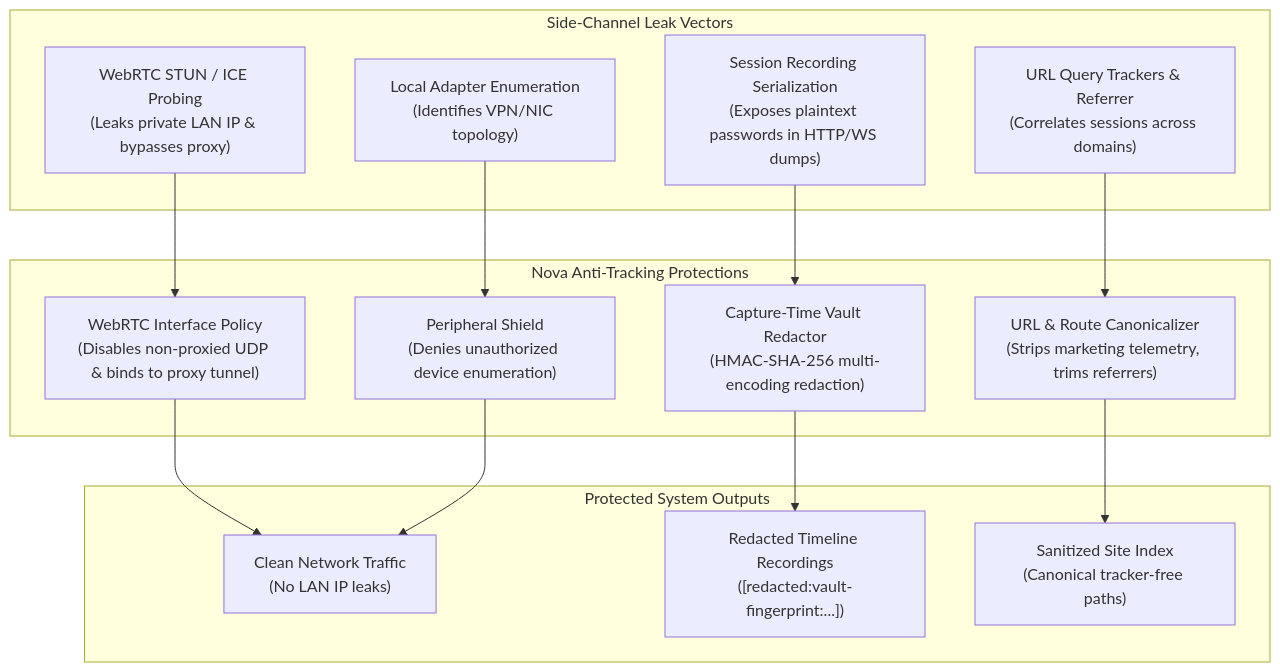
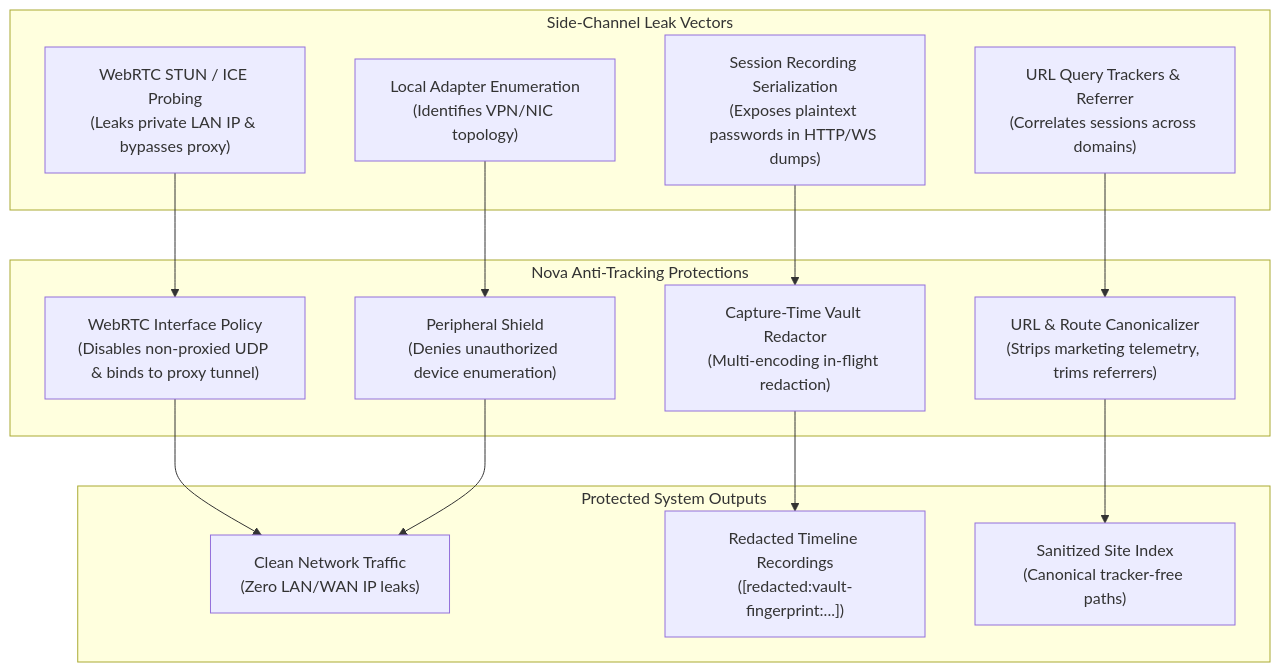
The diagram in docs/core-features/privacy/anti-tracking-and-leak-protection/README.md (joelaniol/nova), drawn with Mermaid before and after one commit. The commit also changed other lines of this file and 128 other files, not shown here.

````diff
--- a/docs/core-features/privacy/anti-tracking-and-leak-protection/README.md
+++ b/docs/core-features/privacy/anti-tracking-and-leak-protection/README.md
@@ -10,27 +37,27 @@
 ```mermaid
 flowchart TD
-    subgraph Threats["Side-Channel Leak Vectors"]
-        WebRTCLeak["WebRTC STUN / ICE Probing\n(Leaks private LAN IP & bypasses proxy)"]
-        RecordLeak["Session Recording Serialization\n(Exposes plaintext passwords in HTTP/WS dumps)"]
-        TrackerLeak["URL Query Trackers & Referrer\n(Correlates sessions across domains)"]
-        AdapterLeak["Local Adapter Enumeration\n(Identifies VPN/NIC topology)"]
+    subgraph Threats ["Side-Channel Leak Vectors"]
+        WebRTCLeak["WebRTC STUN / ICE Probing<br/>(Leaks private LAN IP & bypasses proxy)"]
+        RecordLeak["Session Recording Serialization<br/>(Exposes plaintext passwords in HTTP/WS dumps)"]
+        TrackerLeak["URL Query Trackers & Referrer<br/>(Correlates sessions across domains)"]
+        AdapterLeak["Local Adapter Enumeration<br/>(Identifies VPN/NIC topology)"]
     end
 
-    subgraph Defenses["Nova Anti-Tracking Protections"]
-        WebRTCGuard["WebRTC Interface Policy\n(Disables non-proxied UDP & binds to proxy tunnel)"]
-        VaultRedactor["Capture-Time Vault Redactor\n(HMAC-SHA-256 multi-encoding redaction)"]
-        TrackerScrubber["URL & Route Canonicalizer\n(Strips marketing telemetry, trims referrers)"]
-        AdapterMask["Peripheral Shield\n(Denies unauthorized device enumeration)"]
+    subgraph Defenses ["Nova Anti-Tracking Protections"]
+        WebRTCGuard["WebRTC Interface Policy<br/>(Disables non-proxied UDP & binds to proxy tunnel)"]
+        VaultRedactor["Capture-Time Vault Redactor<br/>(Multi-encoding in-flight redaction)"]
+        TrackerScrubber["URL & Route Canonicalizer<br/>(Strips marketing telemetry, trims referrers)"]
+        AdapterMask["Peripheral Shield<br/>(Denies unauthorized device enumeration)"]
     end
 
-    subgraph SecuredOutputs["Protected System Outputs"]
-        CleanNetwork["Clean Network Traffic\n(No LAN IP leaks)"]
-        RedactedRecordings["Redacted Timeline Recordings\n([redacted:vault-fingerprint:...])"]
-        SanitizedIndex["Sanitized Site Index\n(Canonical tracker-free paths)"]
+    subgraph SecuredOutputs ["Protected System Outputs"]
+        CleanNetwork["Clean Network Traffic<br/>(Zero LAN/WAN IP leaks)"]
+        RedactedRecordings["Redacted Timeline Recordings<br/>([redacted:vault-fingerprint:...])"]
+        SanitizedIndex["Sanitized Site Index<br/>(Canonical tracker-free paths)"]
     end
 
     WebRTCLeak --> WebRTCGuard --> CleanNetwork
     AdapterLeak --> AdapterMask --> CleanNetwork
     RecordLeak --> VaultRedactor --> RedactedRecordings
     TrackerLeak --> TrackerScrubber --> SanitizedIndex
 ```
````
